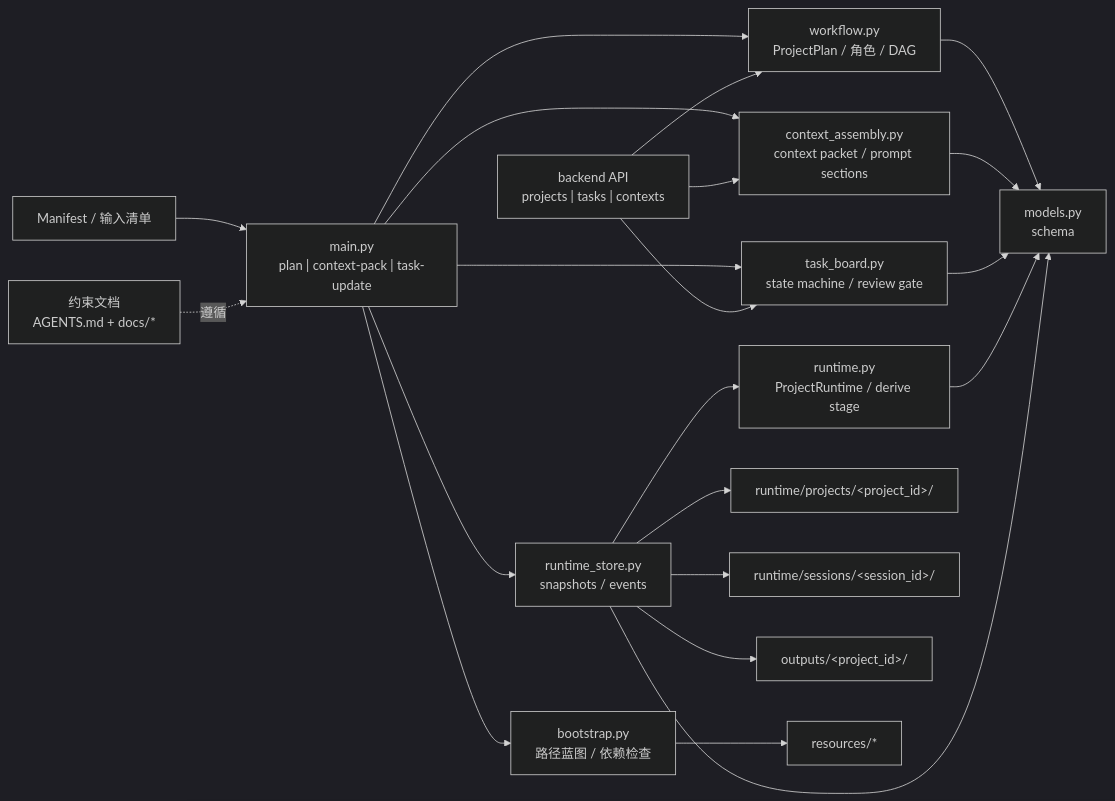
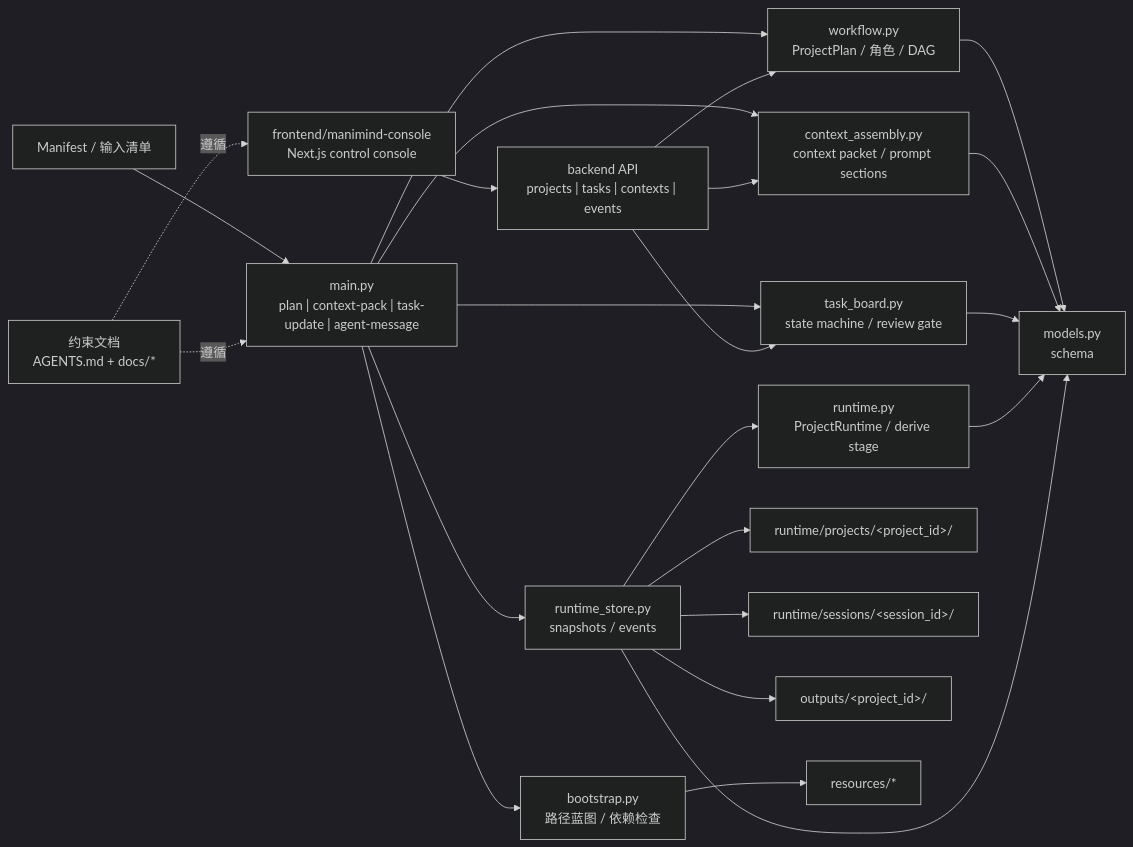
The diagram in docs/通用项目架构模板.md (proffitteoy/ManiMind), drawn with Mermaid (dark theme) before and after one commit. The commit also changed other lines of this file and 68 other files, not shown here.

````diff
--- a/docs/通用项目架构模板.md
+++ b/docs/通用项目架构模板.md
@@ -15,39 +15,42 @@
 ```mermaid
 flowchart LR
     Manifest["Manifest / 输入清单"]
     Docs["约束文档<br/>AGENTS.md + docs/*"]
-    Main["main.py<br/>plan | context-pack | task-update"]
-    Api["backend API<br/>projects | tasks | contexts"]
+    Main["main.py<br/>plan | context-pack | task-update | agent-message"]
+    Frontend["frontend/manimind-console<br/>Next.js control console"]
+    Api["backend API<br/>projects | tasks | contexts | events"]
     Bootstrap["bootstrap.py<br/>路径蓝图 / 依赖检查"]
     Models["models.py<br/>schema"]
     Workflow["workflow.py<br/>ProjectPlan / 角色 / DAG"]
     Context["context_assembly.py<br/>context packet / prompt sections"]
     Board["task_board.py<br/>state machine / review gate"]
     Runtime["runtime.py<br/>ProjectRuntime / derive stage"]
     Store["runtime_store.py<br/>snapshots / events"]
     Projects["runtime/projects/&lt;project_id&gt;/"]
     Sessions["runtime/sessions/&lt;session_id&gt;/"]
     Outputs["outputs/&lt;project_id&gt;/"]
     Refs["resources/*"]
 
     Manifest --> Main
     Docs -.遵循.-> Main
+    Docs -.遵循.-> Frontend
+    Frontend --> Api
     Main --> Bootstrap
     Main --> Workflow
     Main --> Context
     Main --> Board
     Main --> Store
     Api --> Workflow
     Api --> Context
     Api --> Board
     Workflow --> Models
     Context --> Models
     Board --> Models
     Runtime --> Models
     Store --> Runtime
     Store --> Models
     Bootstrap --> Refs
     Store --> Projects
     Store --> Sessions
     Store --> Outputs
 ```
````
